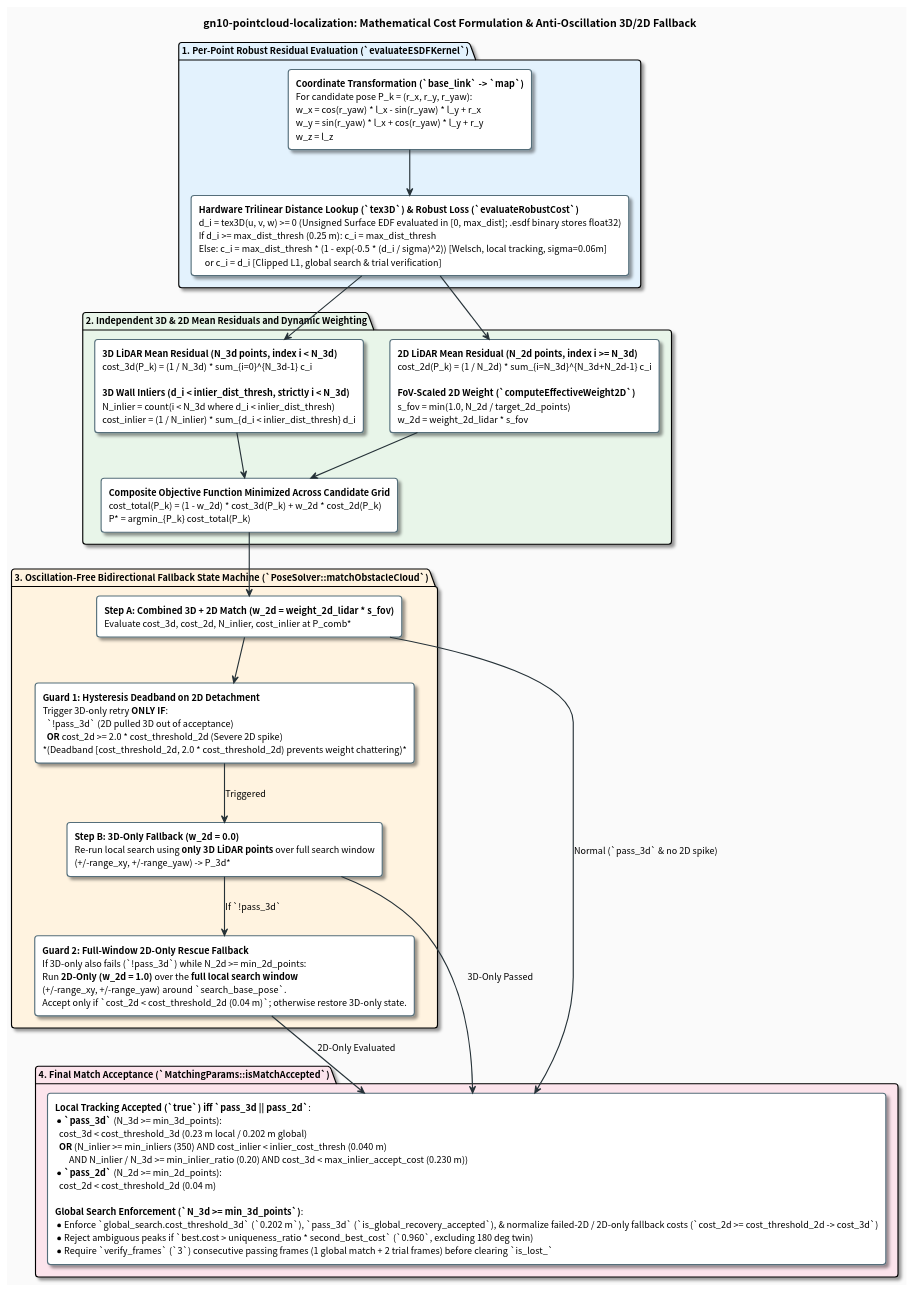
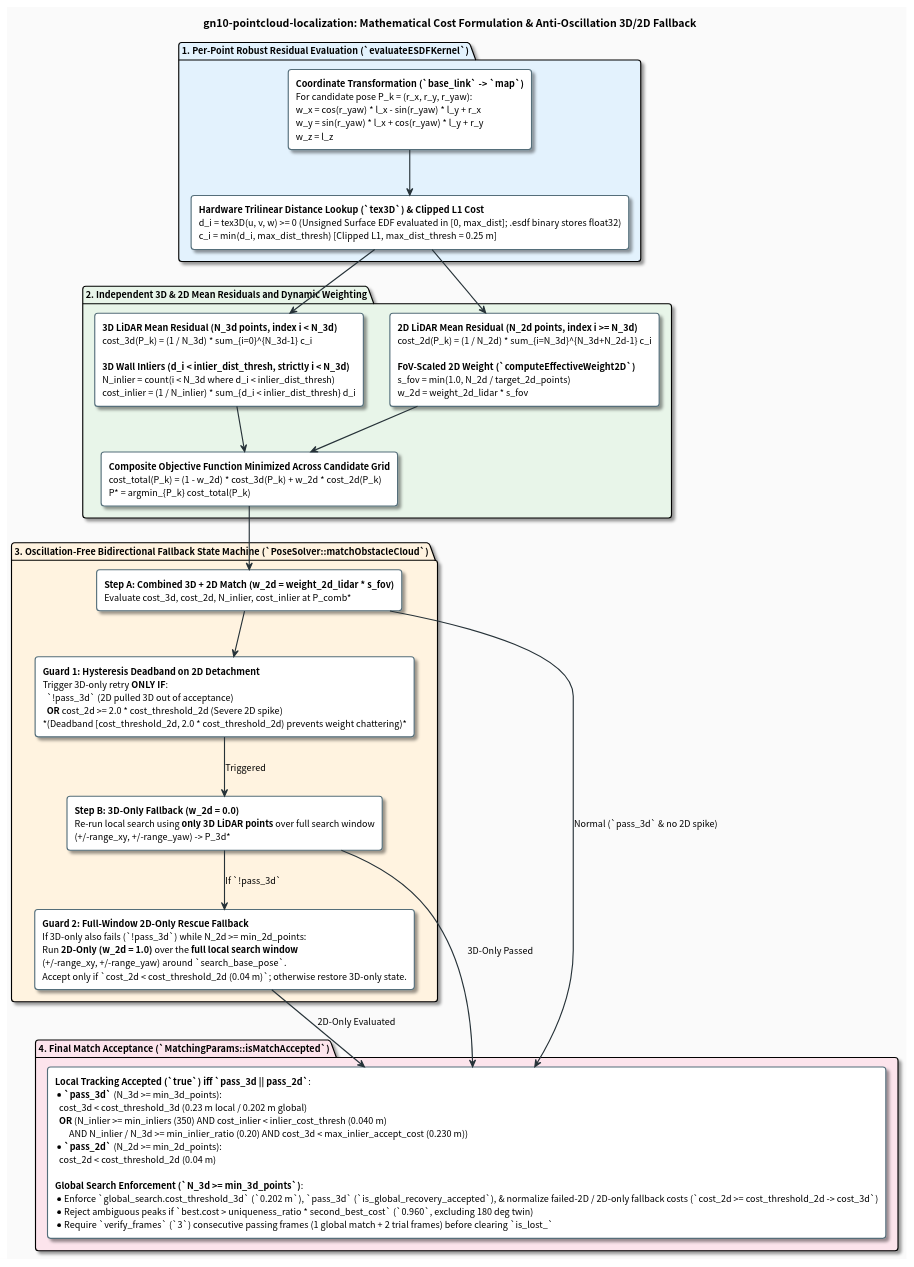
One commit to tmcit-ararobo-2026a/gn10-pointcloud-localization changed the diagram in docs/matching_cost_and_weighting.pu. Above: the diagram before and after it, drawn with PlantUML. The commit also changed 14 other files, not shown here.

Commit message:
Remove unnecessary Welsch/Cauchy robust loss and unify EDF matching on Clipped L1

```diff
--- a/docs/matching_cost_and_weighting.pu
+++ b/docs/matching_cost_and_weighting.pu
@@ -1,70 +1,70 @@
 @startuml matching_cost_and_weighting
 skinparam backgroundColor #FAFAFA
 skinparam defaultFontName "Roboto, Noto Sans CJK JP, sans-serif"
 skinparam defaultFontSize 12
 skinparam roundCorner 8
 skinparam shadowing true
 skinparam ArrowColor #263238
 skinparam ArrowThickness 1.5
 
 skinparam rectangle {
     BackgroundColor #FFFFFF
     BorderColor #546E7A
     BorderThickness 1.5
 }
 
 skinparam note {
     BackgroundColor #FFF8E1
     BorderColor #FFB300
     FontColor #263238
 }
 
 title **gn10-pointcloud-localization: Mathematical Cost Formulation & Anti-Oscillation 3D/2D Fallback**
 
 package "1. Per-Point Robust Residual Evaluation (`evaluateESDFKernel`)" #E3F2FD {
     rectangle "**Coordinate Transformation (`base_link` -> `map`)**\nFor candidate pose P_k = (r_x, r_y, r_yaw):\nw_x = cos(r_yaw) * l_x - sin(r_yaw) * l_y + r_x\nw_y = sin(r_yaw) * l_x + cos(r_yaw) * l_y + r_y\nw_z = l_z" as TF_EQ
 
-    rectangle "**Hardware Trilinear Distance Lookup (`tex3D`) & Robust Loss (`evaluateRobustCost`)**\nd_i = tex3D(u, v, w) >= 0  (Unsigned Surface EDF evaluated in [0, max_dist]; .esdf binary stores float32)\nIf d_i >= max_dist_thresh (0.25 m): c_i = max_dist_thresh\nElse: c_i = max_dist_thresh * (1 - exp(-0.5 * (d_i / sigma)^2))  [Welsch, local tracking, sigma=0.06m]\n   or c_i = d_i  [Clipped L1, global search & trial verification]" as CLIP_EQ
+    rectangle "**Hardware Trilinear Distance Lookup (`tex3D`) & Clipped L1 Cost**\nd_i = tex3D(u, v, w) >= 0  (Unsigned Surface EDF evaluated in [0, max_dist]; .esdf binary stores float32)\nc_i = min(d_i, max_dist_thresh)  [Clipped L1, max_dist_thresh = 0.25 m]" as CLIP_EQ
 
     TF_EQ -down-> CLIP_EQ
 }
 
 package "2. Independent 3D & 2D Mean Residuals and Dynamic Weighting" #E8F5E9 {
     rectangle "**3D LiDAR Mean Residual (N_3d points, index i < N_3d)**\ncost_3d(P_k) = (1 / N_3d) * sum_{i=0}^{N_3d-1} c_i\n\n**3D Wall Inliers (d_i < inlier_dist_thresh, strictly i < N_3d)**\nN_inlier = count(i < N_3d where d_i < inlier_dist_thresh)\ncost_inlier = (1 / N_inlier) * sum_{d_i < inlier_dist_thresh} d_i" as COST_3D
 
     rectangle "**2D LiDAR Mean Residual (N_2d points, index i >= N_3d)**\ncost_2d(P_k) = (1 / N_2d) * sum_{i=N_3d}^{N_3d+N_2d-1} c_i\n\n**FoV-Scaled 2D Weight (`computeEffectiveWeight2D`)**\ns_fov = min(1.0, N_2d / target_2d_points)\nw_2d = weight_2d_lidar * s_fov" as COST_2D
 
     rectangle "**Composite Objective Function Minimized Across Candidate Grid**\ncost_total(P_k) = (1 - w_2d) * cost_3d(P_k) + w_2d * cost_2d(P_k)\nP* = argmin_{P_k} cost_total(P_k)" as COMP_EQ
 
     COST_3D -down-> COMP_EQ
     COST_2D -down-> COMP_EQ
 }
 
 CLIP_EQ -down-> COST_3D
 CLIP_EQ -down-> COST_2D
 
 package "3. Oscillation-Free Bidirectional Fallback State Machine (`PoseSolver::matchObstacleCloud`)" #FFF3E0 {
     rectangle "**Step A: Combined 3D + 2D Match (w_2d = weight_2d_lidar * s_fov)**\nEvaluate cost_3d, cost_2d, N_inlier, cost_inlier at P_comb*" as STEP_A
 
     rectangle "**Guard 1: Hysteresis Deadband on 2D Detachment**\nTrigger 3D-only retry **ONLY IF**:\n  `!pass_3d` (2D pulled 3D out of acceptance)\n  **OR** cost_2d >= 2.0 * cost_threshold_2d (Severe 2D spike)\n*(Deadband [cost_threshold_2d, 2.0 * cost_threshold_2d) prevents weight chattering)*" as GUARD_1
 
     rectangle "**Step B: 3D-Only Fallback (w_2d = 0.0)**\nRe-run local search using **only 3D LiDAR points** over full search window\n(+/-range_xy, +/-range_yaw) -> P_3d*" as STEP_B
 
     rectangle "**Guard 2: Full-Window 2D-Only Rescue Fallback**\nIf 3D-only also fails (`!pass_3d`) while N_2d >= min_2d_points:\nRun **2D-Only (w_2d = 1.0)** over the **full local search window**\n(+/-range_xy, +/-range_yaw) around `search_base_pose`.\nAccept only if `cost_2d < cost_threshold_2d (0.04 m)`; otherwise restore 3D-only state." as STEP_C
 
     STEP_A -down-> GUARD_1
     GUARD_1 -down-> STEP_B : Triggered
     STEP_B -down-> STEP_C : If `!pass_3d`
 }
 
 COMP_EQ -down-> STEP_A
 
 package "4. Final Match Acceptance (`MatchingParams::isMatchAccepted`)" #FCE4EC {
     rectangle "**Local Tracking Accepted (`true`) iff `pass_3d || pass_2d`**:\n* **`pass_3d`** (N_3d >= min_3d_points):\n  cost_3d < cost_threshold_3d (0.23 m local / 0.202 m global)\n  **OR** (N_inlier >= min_inliers (350) AND cost_inlier < inlier_cost_thresh (0.040 m)\n       AND N_inlier / N_3d >= min_inlier_ratio (0.20) AND cost_3d < max_inlier_accept_cost (0.230 m))\n* **`pass_2d`** (N_2d >= min_2d_points):\n  cost_2d < cost_threshold_2d (0.04 m)\n\n**Global Search Enforcement (`N_3d >= min_3d_points`)**:\n* Enforce `global_search.cost_threshold_3d` (`0.202 m`), `pass_3d` (`is_global_recovery_accepted`), & normalize failed-2D / 2D-only fallback costs (`cost_2d >= cost_threshold_2d -> cost_3d`)\n* Reject ambiguous peaks if `best.cost > uniqueness_ratio * second_best_cost` (`0.960`, excluding 180 deg twin)\n* Require `verify_frames` (`3`) consecutive passing frames (1 global match + 2 trial frames) before clearing `is_lost_`" as FINAL_ACCEPT
 }
 
 STEP_A -down-> FINAL_ACCEPT : Normal (`pass_3d` & no 2D spike)
 STEP_B -down-> FINAL_ACCEPT : 3D-Only Passed
 STEP_C -down-> FINAL_ACCEPT : 2D-Only Evaluated
 
 @enduml
```
